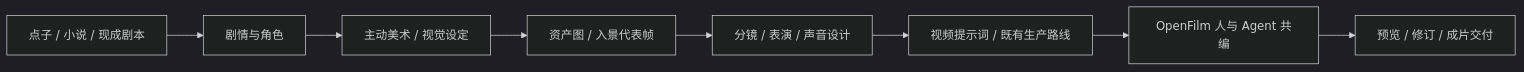
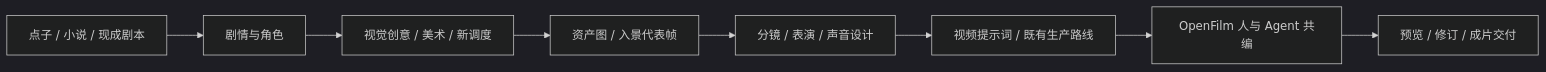
The diagram in README.md (Carbon-Glitch/short-drama), drawn with Mermaid (dark theme) before and after one commit. The commit also changed other lines of this file and 52 other files, not shown here.

````diff
--- a/README.md
+++ b/README.md
@@ -76,10 +86,10 @@
 ```mermaid
 flowchart LR
   A[点子 / 小说 / 现成剧本] --> B[剧情与角色]
-  B --> C[主动美术 / 视觉设定]
+  B --> C[视觉创意 / 美术 / 新调度]
   C --> D[资产图 / 入景代表帧]
   D --> E[分镜 / 表演 / 声音设计]
   E --> F[视频提示词 / 既有生产路线]
   F --> G[OpenFilm 人与 Agent 共编]
   G --> H[预览 / 修订 / 成片交付]
 ```
````
